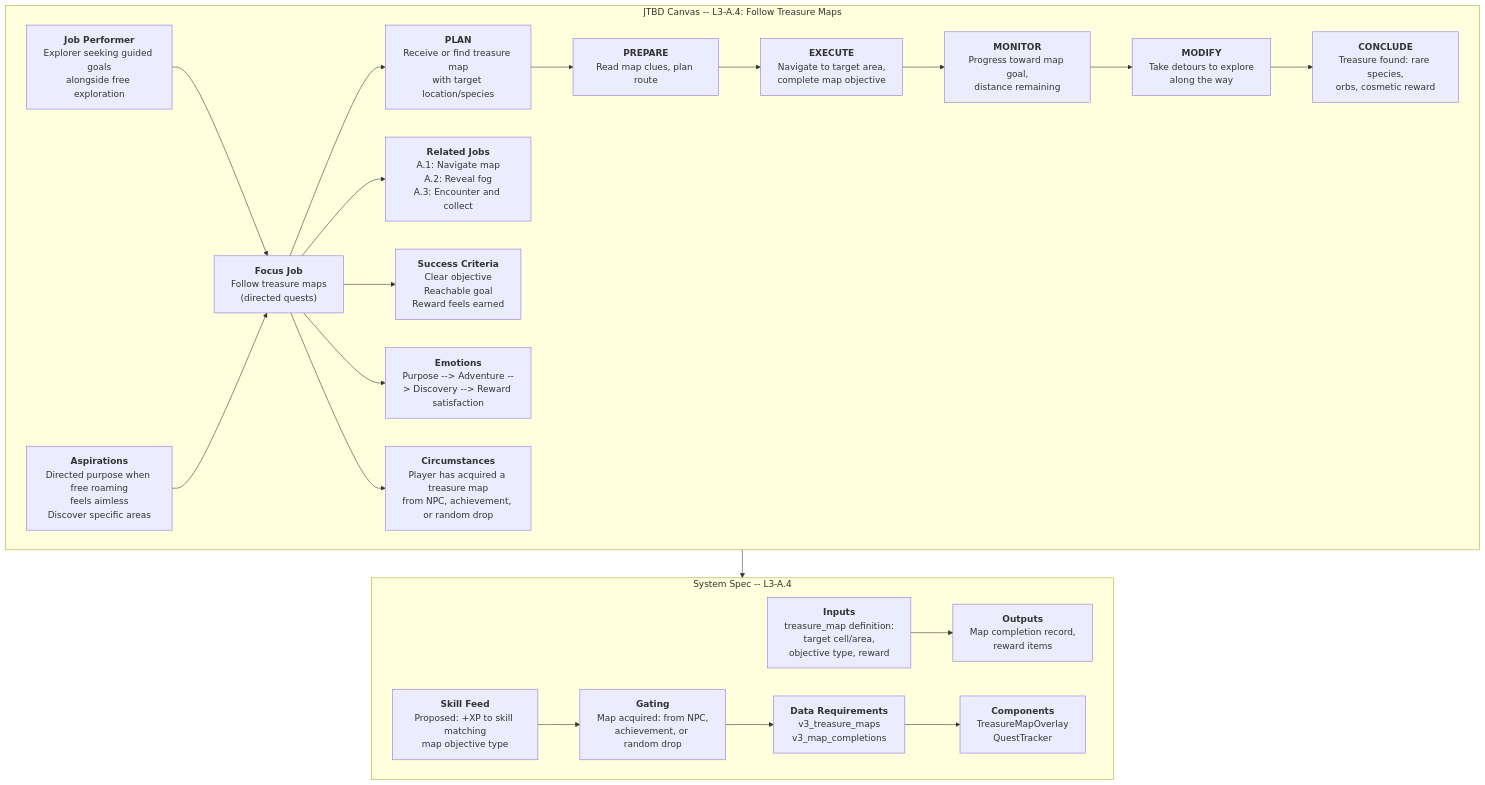
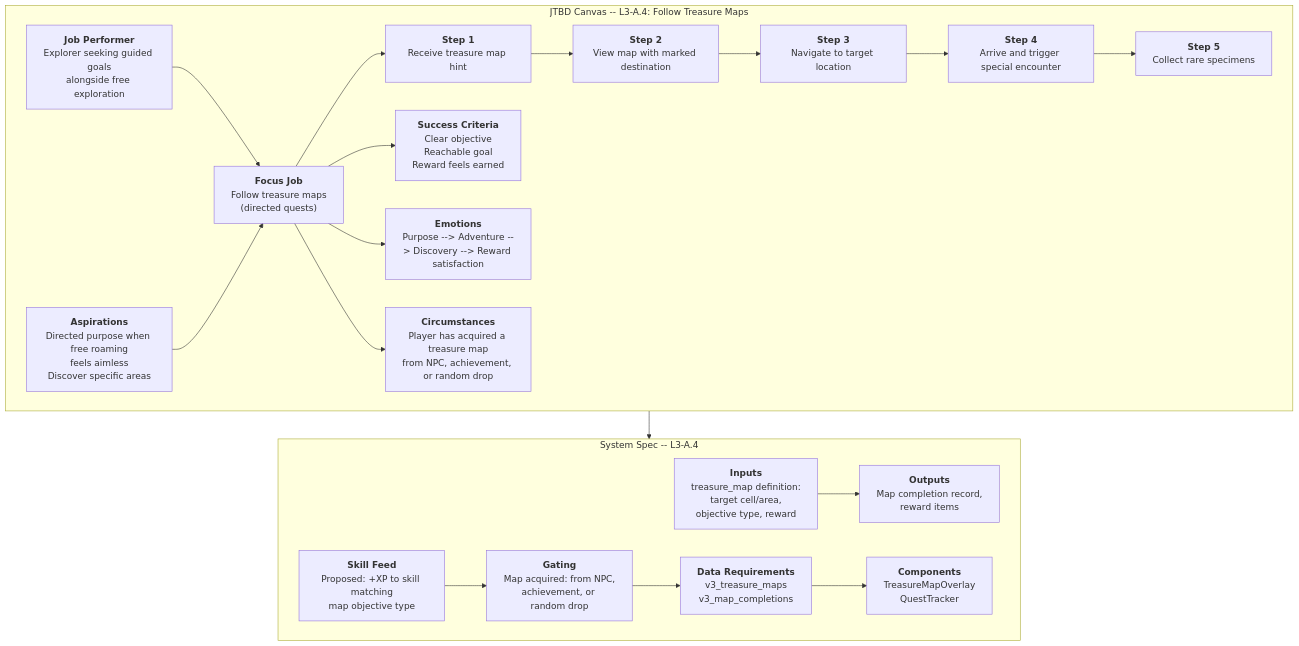
The diagram in docs/diagrams/problem/a4-treasure-maps.mmd (JMLegere/geo-app), drawn with Mermaid before and after one commit. The commit also changed 52 other files, not shown here.

```diff
--- a/docs/diagrams/problem/a4-treasure-maps.mmd
+++ b/docs/diagrams/problem/a4-treasure-maps.mmd
@@ -1,42 +1,39 @@
 %% Status: NEEDS HUMAN REVIEW
 flowchart TD
     subgraph JTBD["JTBD Canvas -- L3-A.4: Follow Treasure Maps"]
         JP["<b>Job Performer</b><br/>Explorer seeking guided goals<br/>alongside free exploration"]
         ASP["<b>Aspirations</b><br/>Directed purpose when free roaming<br/>feels aimless<br/>Discover specific areas"]
         FJ["<b>Focus Job</b><br/>Follow treasure maps<br/>(directed quests)"]
-        RJ["<b>Related Jobs</b><br/>A.1: Navigate map<br/>A.2: Reveal fog<br/>A.3: Encounter and collect"]
-        PLAN["<b>PLAN</b><br/>Receive or find treasure map<br/>with target location/species"]
-        PREPARE["<b>PREPARE</b><br/>Read map clues, plan route"]
-        EXECUTE["<b>EXECUTE</b><br/>Navigate to target area,<br/>complete map objective"]
-        MONITOR["<b>MONITOR</b><br/>Progress toward map goal,<br/>distance remaining"]
-        MODIFY["<b>MODIFY</b><br/>Take detours to explore<br/>along the way"]
-        CONCLUDE["<b>CONCLUDE</b><br/>Treasure found: rare species,<br/>orbs, cosmetic reward"]
+        S1["<b>Step 1</b><br/>Receive treasure map hint"]
+        S2["<b>Step 2</b><br/>View map with marked destination"]
+        S3["<b>Step 3</b><br/>Navigate to target location"]
+        S4["<b>Step 4</b><br/>Arrive and trigger special encounter"]
+        S5["<b>Step 5</b><br/>Collect rare specimens"]
         SC["<b>Success Criteria</b><br/>Clear objective<br/>Reachable goal<br/>Reward feels earned"]
         EM["<b>Emotions</b><br/>Purpose --> Adventure --> Discovery --> Reward satisfaction"]
         CIRC["<b>Circumstances</b><br/>Player has acquired a treasure map<br/>from NPC, achievement, or random drop"]
 
         JP --> FJ
         ASP --> FJ
-        FJ --> PLAN
-        PLAN --> PREPARE --> EXECUTE --> MONITOR --> MODIFY --> CONCLUDE
-        FJ --> RJ
+        FJ --> S1
+        S1 --> S2 --> S3 --> S4 --> S5
         FJ --> SC
         FJ --> EM
         FJ --> CIRC
     end
 
     subgraph SystemSpec["System Spec -- L3-A.4"]
         IN["<b>Inputs</b><br/>treasure_map definition:<br/>target cell/area,<br/>objective type, reward"]
         OUT["<b>Outputs</b><br/>Map completion record,<br/>reward items"]
         SF["<b>Skill Feed</b><br/>Proposed: +XP to skill matching<br/>map objective type"]
         GT["<b>Gating</b><br/>Map acquired: from NPC,<br/>achievement, or random drop"]
         DR["<b>Data Requirements</b><br/>v3_treasure_maps<br/>v3_map_completions"]
         CP["<b>Components</b><br/>TreasureMapOverlay<br/>QuestTracker"]
 
         IN --> OUT
         SF --> GT
         GT --> DR
         DR --> CP
     end
 
     JTBD --> SystemSpec
```
